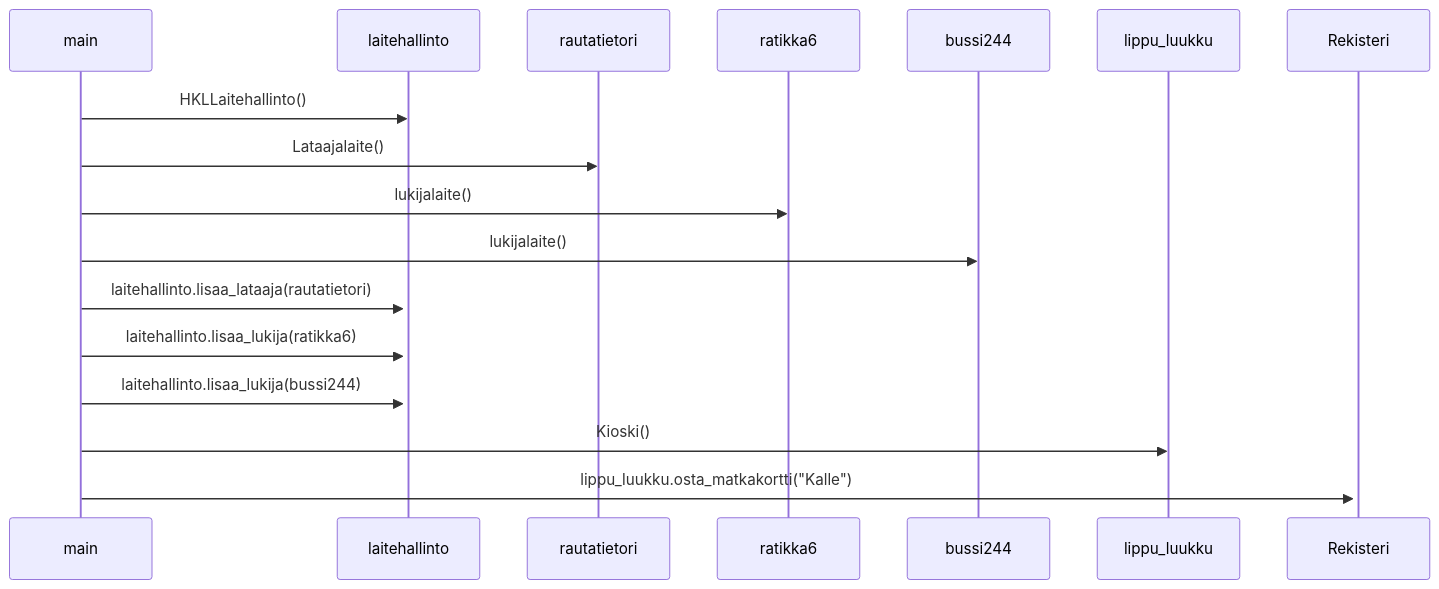
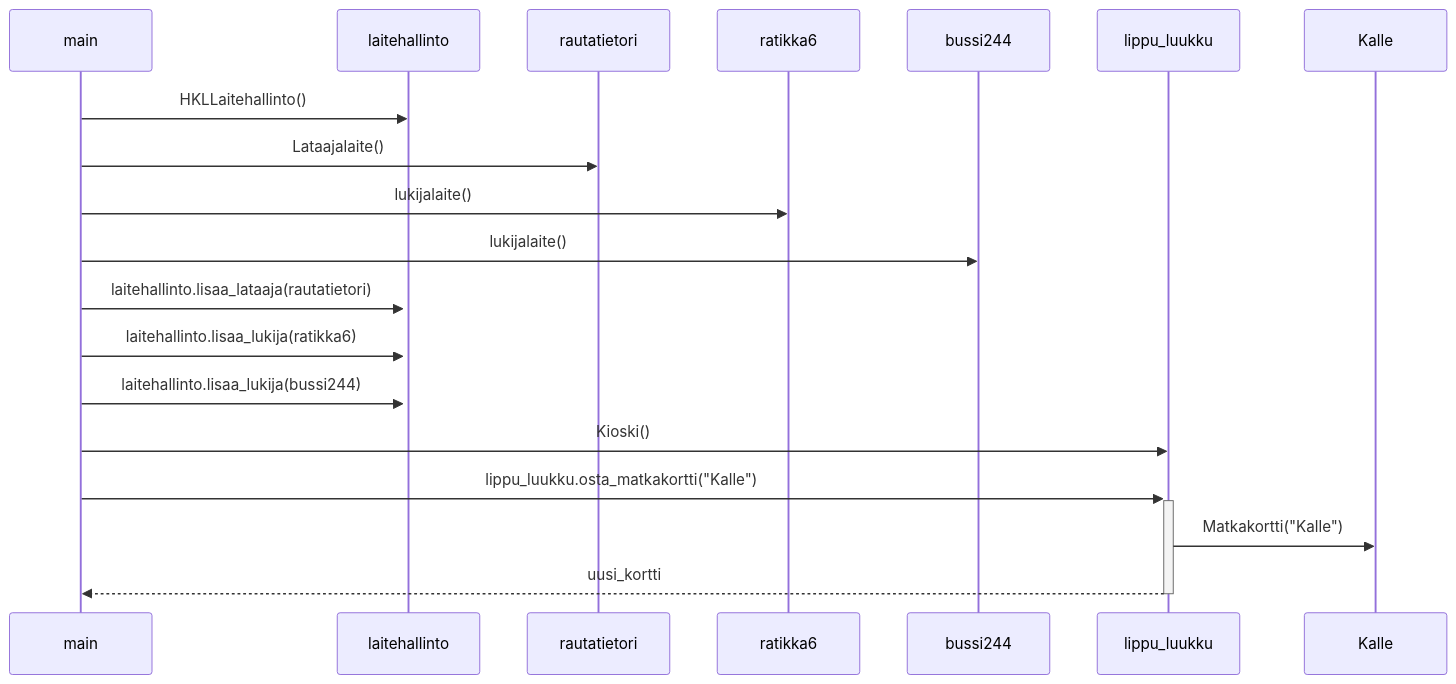
One commit to VehvilainenPooki/OTProjekti changed the fourth of 4 diagrams in laskarit/viikko3/UML.md. Above: the diagram before and after it, drawn with Mermaid.

````diff
--- a/laskarit/viikko3/UML.md
+++ b/laskarit/viikko3/UML.md
@@ -108,15 +108,17 @@
 ```mermaid
  sequenceDiagram
       main->>laitehallinto: HKLLaitehallinto()
       main->>rautatietori: Lataajalaite()
       main->>ratikka6: lukijalaite()
       main->>bussi244: lukijalaite()
       main->>+laitehallinto: laitehallinto.lisaa_lataaja(rautatietori)
        
       main->>+laitehallinto: laitehallinto.lisaa_lukija(ratikka6)
       
       main->>+laitehallinto: laitehallinto.lisaa_lukija(bussi244)
       
       main->>lippu_luukku: Kioski()
-      main->>+Rekisteri: lippu_luukku.osta_matkakortti("Kalle")
+      main->>+lippu_luukku: lippu_luukku.osta_matkakortti("Kalle")
+      lippu_luukku->>Kalle: Matkakortti("Kalle")
+      lippu_luukku-->>-main: uusi_kortti
 ```
````
